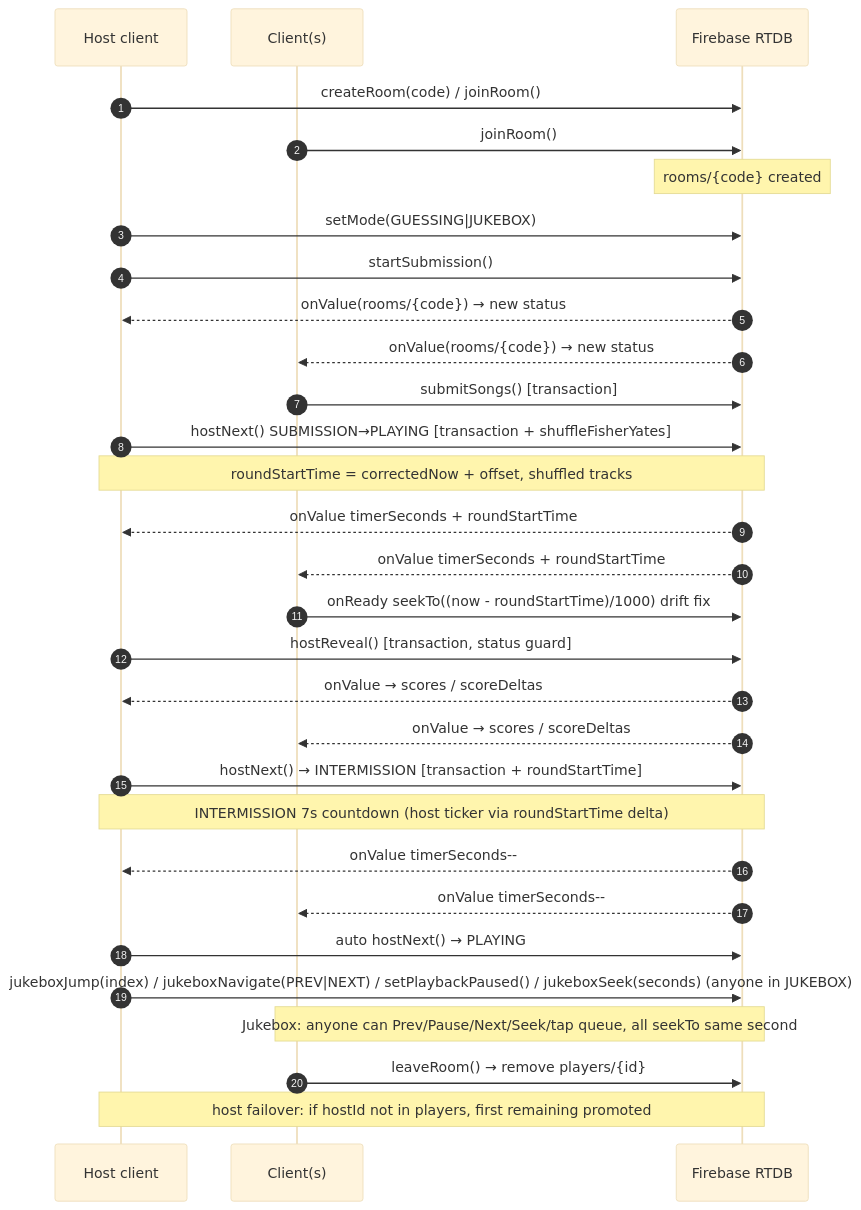
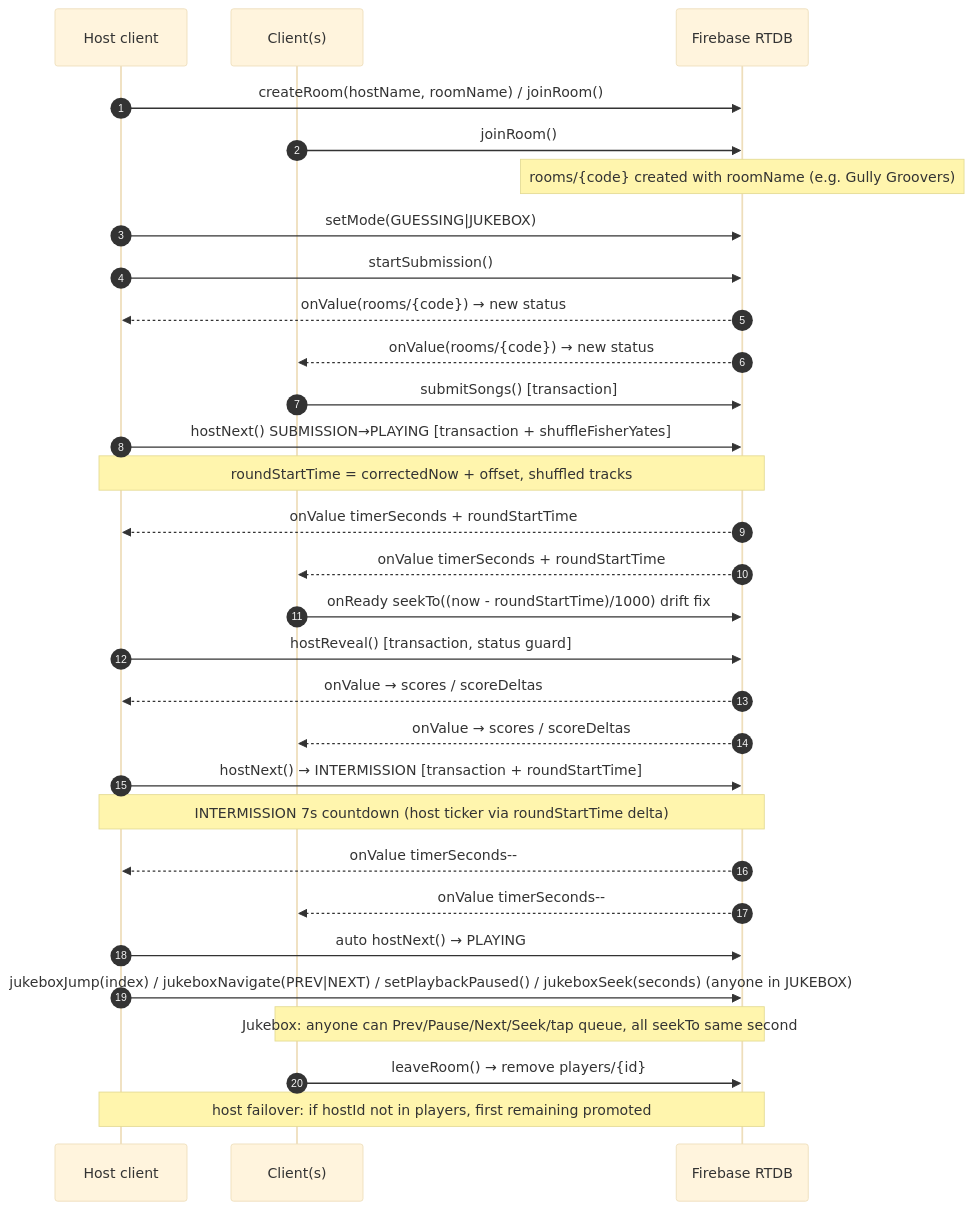
Before and after one commit to sudo-Harshk/pmp: the first of 3 diagrams in docs/ARCHITECTURE.md, drawn with Mermaid (base theme). The commit also changed other lines of this file and 11 other files, not shown here.

Commit message:
fix: separate room name from host name

````diff
--- a/docs/ARCHITECTURE.md
+++ b/docs/ARCHITECTURE.md
@@ -16,33 +16,33 @@
 ```mermaid
 sequenceDiagram
     autonumber
     participant H as Host client
     participant C as Client(s)
     participant F as Firebase RTDB
 
-    H->>F: createRoom(code) / joinRoom()
+    H->>F: createRoom(hostName, roomName) / joinRoom()
     C->>F: joinRoom()
-    Note over F: rooms/{code} created
+    Note over F: rooms/{code} created with roomName (e.g. Gully Groovers)
     H->>F: setMode(GUESSING|JUKEBOX)
     H->>F: startSubmission()
     F-->>H: onValue(rooms/{code}) → new status
     F-->>C: onValue(rooms/{code}) → new status
     C->>F: submitSongs() [transaction]
     H->>F: hostNext() SUBMISSION→PLAYING [transaction + shuffleFisherYates]
     Note over H,F: roundStartTime = correctedNow + offset, shuffled tracks
     F-->>H: onValue timerSeconds + roundStartTime
     F-->>C: onValue timerSeconds + roundStartTime
     C->>F: onReady seekTo((now - roundStartTime)/1000) drift fix
     H->>F: hostReveal() [transaction, status guard]
     F-->>H: onValue → scores / scoreDeltas
     F-->>C: onValue → scores / scoreDeltas
     H->>F: hostNext() → INTERMISSION [transaction + roundStartTime]
     Note over H,F: INTERMISSION 7s countdown (host ticker via roundStartTime delta)
     F-->>H: onValue timerSeconds--
     F-->>C: onValue timerSeconds--
     H->>F: auto hostNext() → PLAYING
     H->>F: jukeboxJump(index) / jukeboxNavigate(PREV|NEXT) / setPlaybackPaused() / jukeboxSeek(seconds) (anyone in JUKEBOX)
     Note over C,F: Jukebox: anyone can Prev/Pause/Next/Seek/tap queue, all seekTo same second
     C->>F: leaveRoom() → remove players/{id}
     Note over H,F: host failover: if hostId not in players, first remaining promoted
 ```
````
